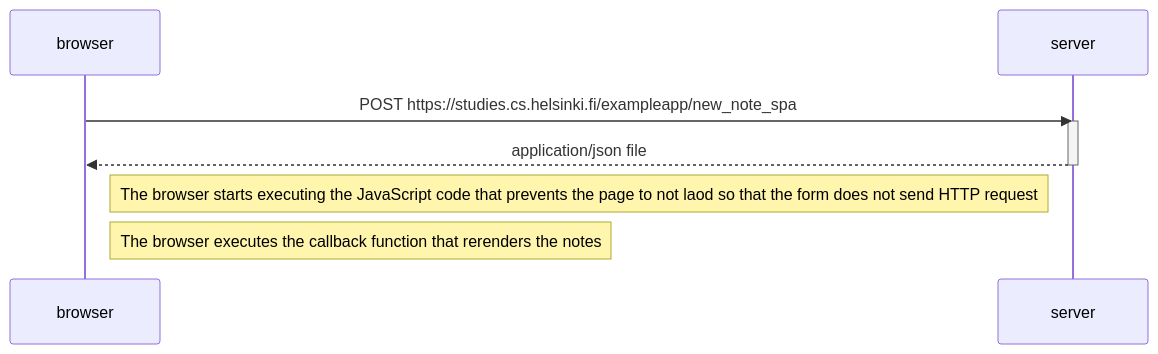
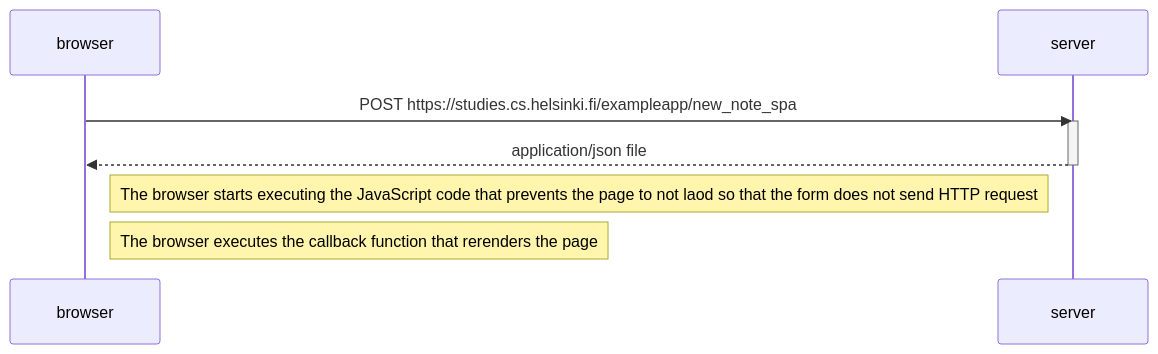
One commit to danielendaylalu1/FullStackOpen changed the diagram in part0/0.6-New-note-in-Single-page-app-diagram.md. Above: the diagram before and after it, drawn with Mermaid.

Commit message:
created 0.6  md file

````diff
--- a/part0/0.6-New-note-in-Single-page-app-diagram.md
+++ b/part0/0.6-New-note-in-Single-page-app-diagram.md
@@ -1,17 +1,17 @@
 ```mermaid
 sequenceDiagram
 participant browser
 participant server
 
     browser->>server: POST https://studies.cs.helsinki.fi/exampleapp/new_note_spa
 
     activate server
 
     server-->>browser: application/json file
 
     deactivate server
 
     Note right of browser: The browser starts executing the JavaScript code that prevents the page to not laod so that the form does not send HTTP request
 
-    Note right of browser: The browser executes the callback function that rerenders the notes
+    Note right of browser: The browser executes the callback function that rerenders the page
 ```
````
